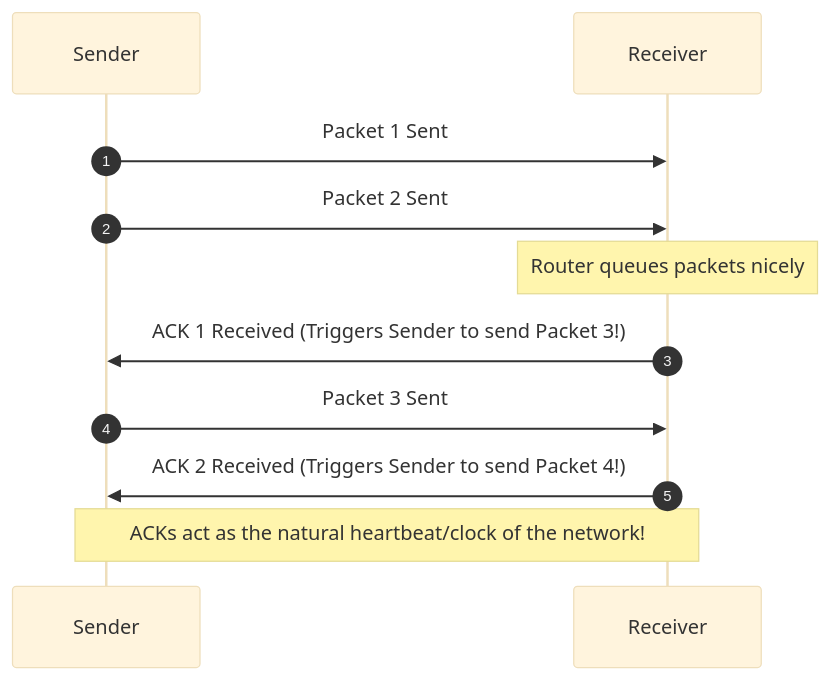
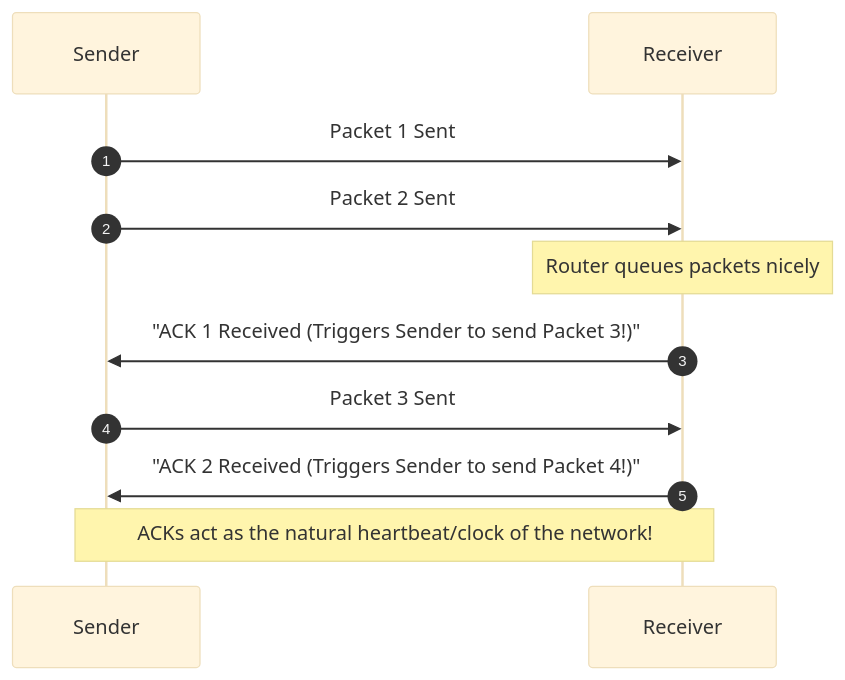
Before and after one commit to awoladhossain/awolad-docs: diagram 40 of 41 in content/networking.md, drawn with Mermaid (base theme). The commit also changed other lines of this file, not shown here.

Commit message:
fix: sanitize all sequence diagrams in networking.md by escaping special characters and declaring participants to avoid browser rendering errors

````diff
--- a/content/networking.md
+++ b/content/networking.md
@@ -1325,11 +1330,11 @@
 ```mermaid
 sequenceDiagram
     autonumber
     Sender->>Receiver: Packet 1 Sent
     Sender->>Receiver: Packet 2 Sent
     Note over Receiver: Router queues packets nicely
-    Receiver->>Sender: ACK 1 Received (Triggers Sender to send Packet 3!)
+    Receiver->>Sender: "ACK 1 Received (Triggers Sender to send Packet 3!)"
     Sender->>Receiver: Packet 3 Sent
-    Receiver->>Sender: ACK 2 Received (Triggers Sender to send Packet 4!)
+    Receiver->>Sender: "ACK 2 Received (Triggers Sender to send Packet 4!)"
     Note over Sender, Receiver: ACKs act as the natural heartbeat/clock of the network!
 ```
````
